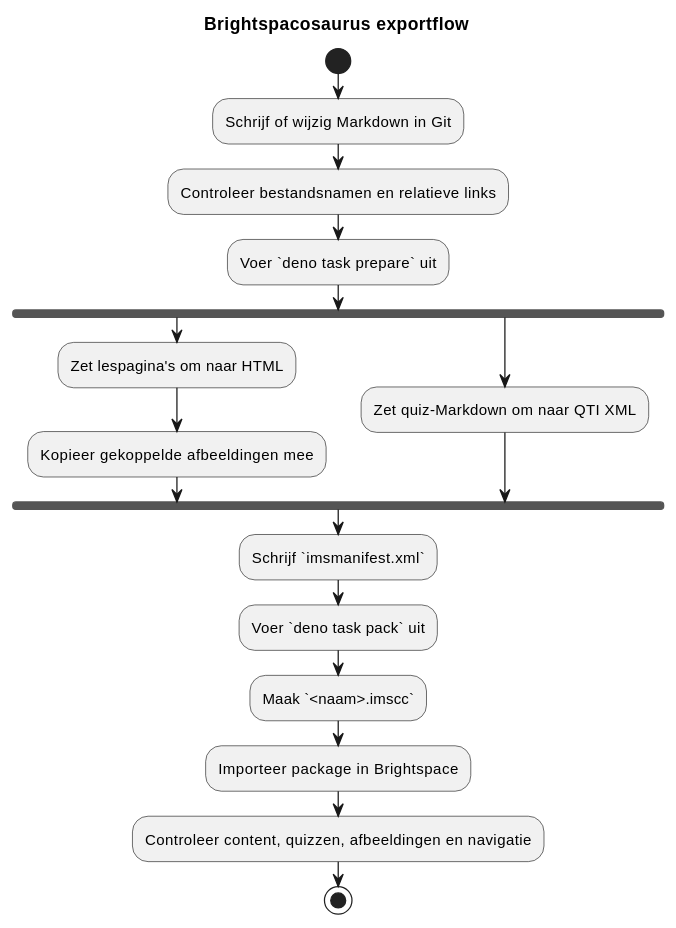
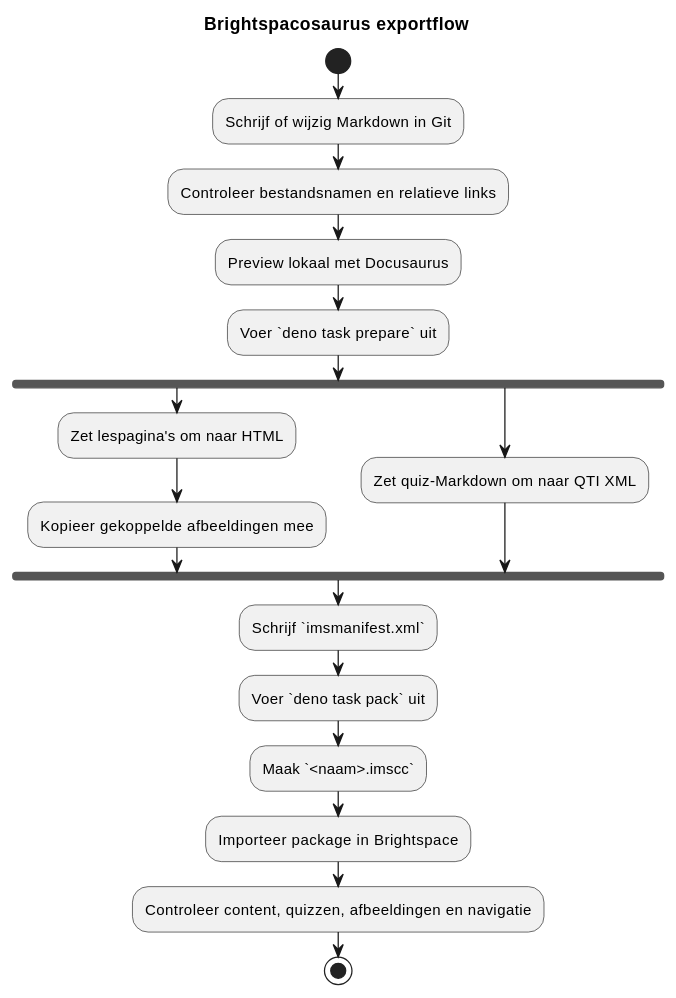
The diagram in docs/user-manual.md (bartvanderwal/brightspacosaurus), drawn with PlantUML before and after one commit. The commit also changed other lines of this file and 21 other files, not shown here.

````diff
--- a/docs/user-manual.md
+++ b/docs/user-manual.md
@@ -161,22 +161,23 @@
 ```plantuml
 @startuml
 title Brightspacosaurus exportflow
 
 start
 :Schrijf of wijzig Markdown in Git;
 :Controleer bestandsnamen en relatieve links;
+:Preview lokaal met Docusaurus;
 :Voer `deno task prepare` uit;
 fork
   :Zet lespagina's om naar HTML;
   :Kopieer gekoppelde afbeeldingen mee;
 fork again
   :Zet quiz-Markdown om naar QTI XML;
 end fork
 :Schrijf `imsmanifest.xml`;
 :Voer `deno task pack` uit;
 :Maak `<naam>.imscc`;
 :Importeer package in Brightspace;
 :Controleer content, quizzen, afbeeldingen en navigatie;
 stop
 @enduml
 ```
````
